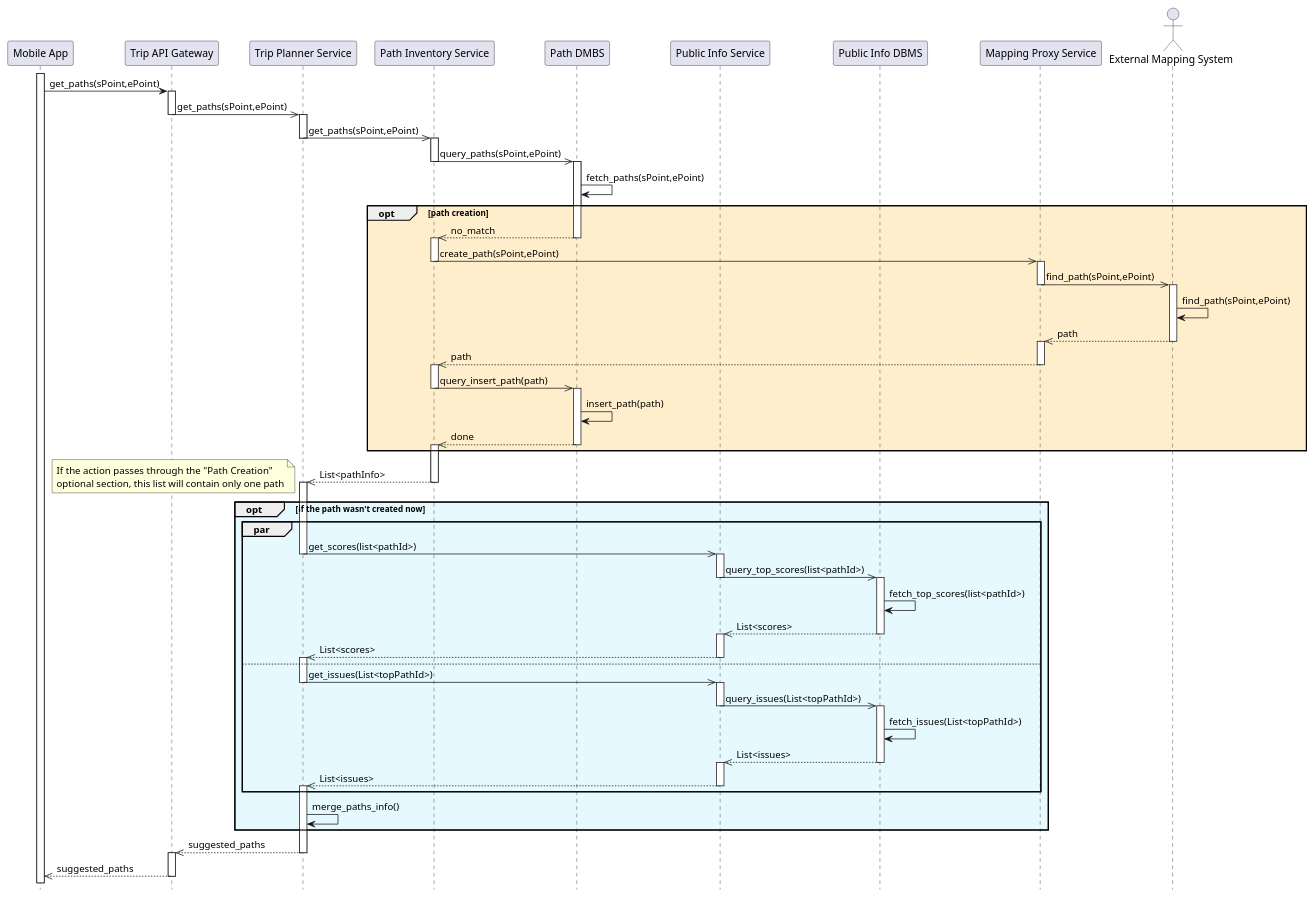
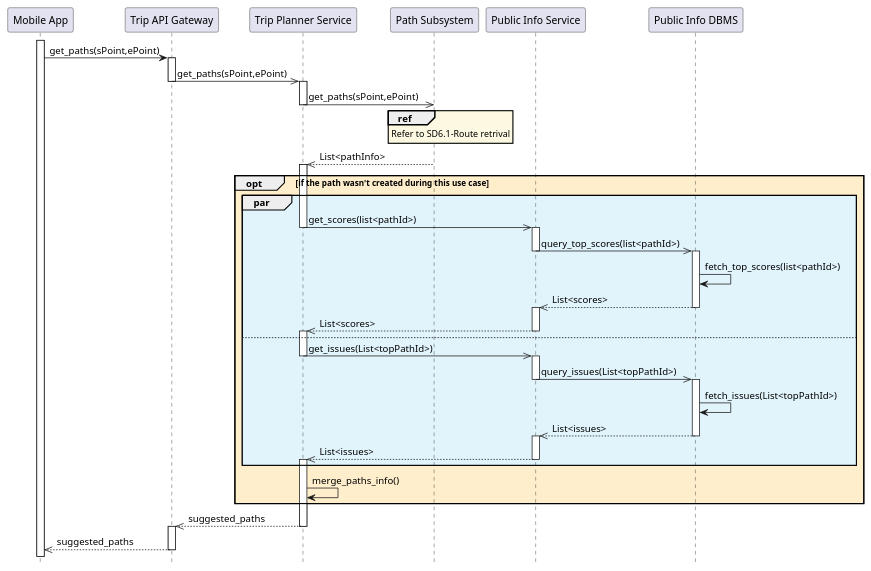
The diagram in diagrams/DD/sequenceDiagram/sd6_route_plannig.puml (Guflie/PoliMi-SWE2-RDD-project), drawn with PlantUML before and after one commit. The commit also changed 12 other files, not shown here.

Commit message:
[DD] Divided some Sequence Diagrams to make them smaller and more readable

```diff
--- a/diagrams/DD/sequenceDiagram/sd6_route_plannig.puml
+++ b/diagrams/DD/sequenceDiagram/sd6_route_plannig.puml
@@ -1,104 +1,69 @@
 @startuml sd6_route_planning
 ' Referes to UC6 and UC7
 hide footbox
 
+skinparam sequence {
+    ReferenceBackgroundColor #fcf8e1
+}
+
 participant "Mobile App" as app
 participant "Trip API Gateway" as tapi
 participant "Trip Planner Service" as tb
-participant "Path Inventory Service" as pi
-participant "Path DMBS" as dbp
+participant "Path Subsystem" as ps
 participant "Public Info Service" as pis
 participant "Public Info DBMS" as dbpi
-participant "Mapping Proxy Service" as mp
-actor "External Mapping System" as ems
 
 activate app
 app -> tapi : get_paths(sPoint,ePoint)
 activate tapi
 tapi ->> tb: get_paths(sPoint,ePoint)
 deactivate tapi 
 activate tb
 
 ' 1st step - path retrival
-tb->> pi : get_paths(sPoint,ePoint)
+tb ->> ps : get_paths(sPoint,ePoint)
 deactivate tb
-activate pi
-pi ->> dbp : query_paths(sPoint,ePoint)
-deactivate pi
-activate dbp
-dbp -> dbp : fetch_paths(sPoint,ePoint)
+ref over ps : Refer to SD6.1-Route retrival
+ps -->> tb : List<pathInfo>
+activate tb
 
-opt #ffeecc path creation
-    dbp -->> pi : no_match
-    deactivate dbp
-    activate pi
-    pi ->> mp : create_path(sPoint,ePoint)
-    deactivate pi
-    activate mp
-    mp ->> ems : find_path(sPoint,ePoint)
-    deactivate mp
-    activate ems
-    ems -> ems : find_path(sPoint,ePoint)
-    ems -->> mp : path
-    deactivate ems
-    activate mp
-    mp -->> pi : path
-    deactivate mp
-    activate pi
-    pi ->> dbp : query_insert_path(path)
-    deactivate pi
-    activate dbp
-    dbp -> dbp : insert_path(path)
-    dbp -->> pi : done
-    deactivate dbp
-    activate pi
-end
-
-pi -->> tb : List<pathInfo>
-note left
-If the action passes through the "Path Creation"
-optional section, this list will contain only one path
-end note
-
-deactivate pi
-activate tb
-opt #e6f9ff if the path wasn't created now
+opt #ffeecc if the path wasn't created during this use case
     ' 2nd step - score retrival
-    par 
+    par #e1f4fc
         tb ->> pis : get_scores(list<pathId>)
         deactivate tb
         activate pis
         pis ->> dbpi : query_top_scores(list<pathId>)
         deactivate pis
         activate dbpi
         dbpi -> dbpi : fetch_top_scores(list<pathId>)
         dbpi -->> pis : List<scores>
         deactivate dbpi
         activate pis
         pis -->> tb : List<scores>
         deactivate pis
         activate tb
-    else
+    else 
         tb ->> pis : get_issues(List<topPathId>)
         deactivate tb
         activate pis
         pis ->> dbpi : query_issues(List<topPathId>)
         deactivate pis
         activate dbpi
         dbpi -> dbpi : fetch_issues(List<topPathId>)
         dbpi -->> pis : List<issues>
         deactivate dbpi
         activate pis
         pis -->> tb : List<issues>
         deactivate pis
         activate tb
     end
 tb -> tb : merge_paths_info()
 end
 tb -->> tapi : suggested_paths
 deactivate tb
 activate tapi
 tapi -->> app : suggested_paths
 deactivate tapi
 
 @enduml
```
